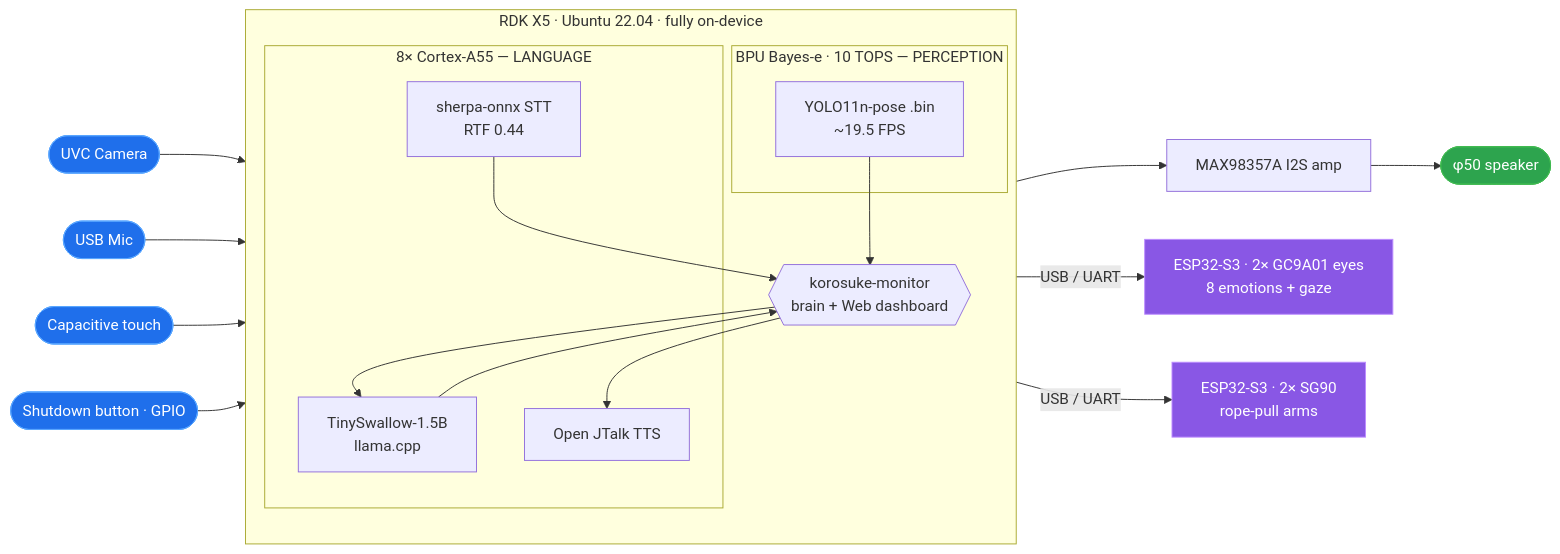
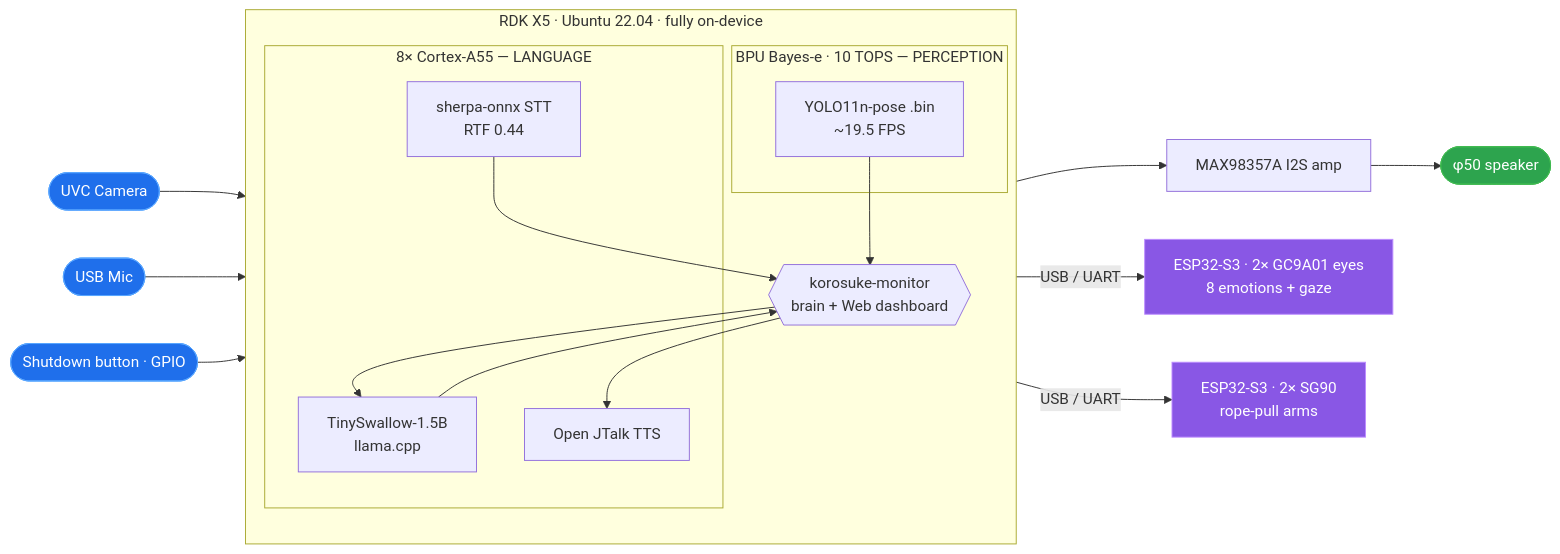
One commit to gurimaruking/corosuke-robot changed the first of 2 diagrams in STAGE3.md. Above: the diagram before and after it, drawn with Mermaid. The commit also changed other lines of this file and 2 other files, not shown here.

First line of the commit message:
slides+docs: デッキを5枚に再構成 + touch(頭なで)は未実装として全docで是正

````diff
--- a/STAGE3.md
+++ b/STAGE3.md
@@ -125,31 +123,30 @@
 ```mermaid
 flowchart LR
     CAM([UVC Camera]):::s --> YOLO
     MIC([USB Mic]):::s --> STT
-    TOUCH([Capacitive touch]):::s --> BRAIN
     BTN([Shutdown button · GPIO]):::s --> BRAIN
 
     subgraph RDK["RDK X5 · Ubuntu 22.04 · fully on-device"]
       direction TB
       subgraph BPU["BPU Bayes-e · 10 TOPS — PERCEPTION"]
         YOLO["YOLO11n-pose .bin<br/>~19.5 FPS"]
       end
       subgraph CPU["8× Cortex-A55 — LANGUAGE"]
         STT["sherpa-onnx STT<br/>RTF 0.44"]
         LLM["TinySwallow-1.5B<br/>llama.cpp"]
         TTS["Open JTalk TTS"]
       end
       BRAIN{{"korosuke-monitor<br/>brain + Web dashboard"}}
     end
 
     YOLO --> BRAIN
     STT --> BRAIN
     BRAIN --> LLM --> BRAIN
     BRAIN --> TTS --> AMP["MAX98357A I2S amp"] --> SPK([φ50 speaker]):::o
     BRAIN -->|USB / UART| EYES["ESP32-S3 · 2× GC9A01 eyes<br/>8 emotions + gaze"]:::m
     BRAIN -->|USB / UART| ARMS["ESP32-S3 · 2× SG90<br/>rope-pull arms"]:::m
 
     classDef s fill:#1f6feb,color:#fff,stroke:#58a6ff;
     classDef m fill:#8957e5,color:#fff,stroke:#bc8cff;
     classDef o fill:#2da44e,color:#fff,stroke:#3fb950;
 ```
````
